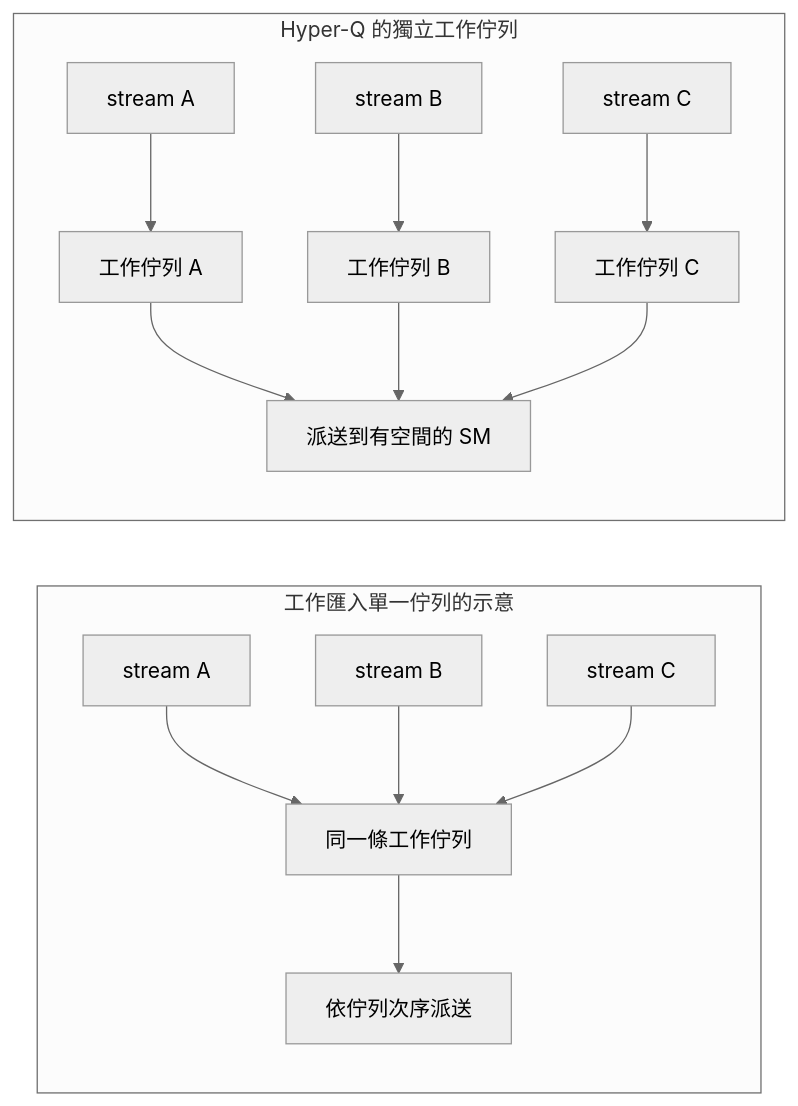
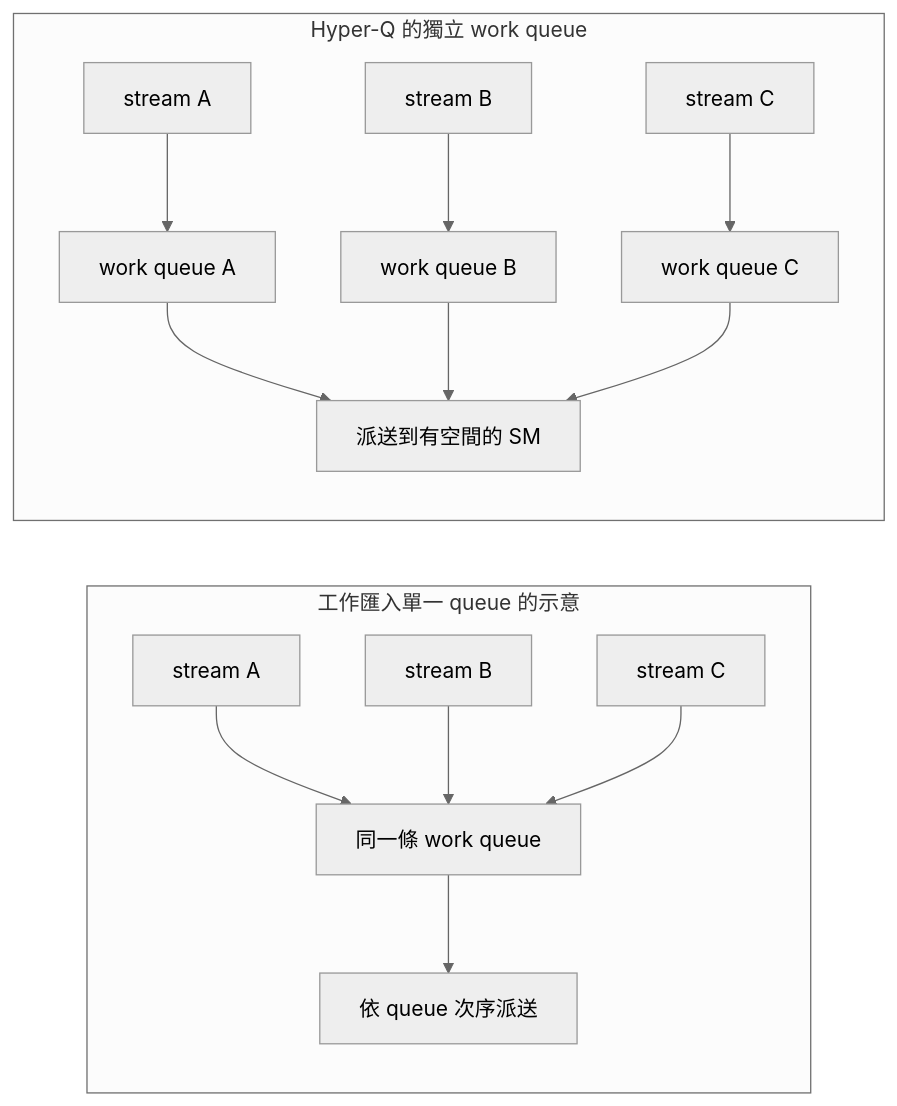
The second of 4 diagrams in book/04-isolation/mps.md (Daniel77871/dra-gpu-sharing-in-practice), drawn with Mermaid (neutral theme) before and after one commit. The commit also changed other lines of this file and 80 other files, not shown here.

````diff
--- a/book/04-isolation/mps.md
+++ b/book/04-isolation/mps.md
@@ -37,17 +37,17 @@
 ```mermaid
 flowchart LR
-  subgraph S["工作匯入單一佇列的示意"]
-    S1["stream A"] --> SQ["同一條工作佇列"]
+  subgraph S["工作匯入單一 queue 的示意"]
+    S1["stream A"] --> SQ["同一條 work queue"]
     S2["stream B"] --> SQ
     S3["stream C"] --> SQ
-    SQ --> SG["依佇列次序派送"]
+    SQ --> SG["依 queue 次序派送"]
   end
-  subgraph H["Hyper-Q 的獨立工作佇列"]
-    H1["stream A"] --> Q1["工作佇列 A"]
-    H2["stream B"] --> Q2["工作佇列 B"]
-    H3["stream C"] --> Q3["工作佇列 C"]
+  subgraph H["Hyper-Q 的獨立 work queue"]
+    H1["stream A"] --> Q1["work queue A"]
+    H2["stream B"] --> Q2["work queue B"]
+    H3["stream C"] --> Q3["work queue C"]
     Q1 --> D["派送到有空間的 SM"]
     Q2 --> D
     Q3 --> D
   end
 ```
````
